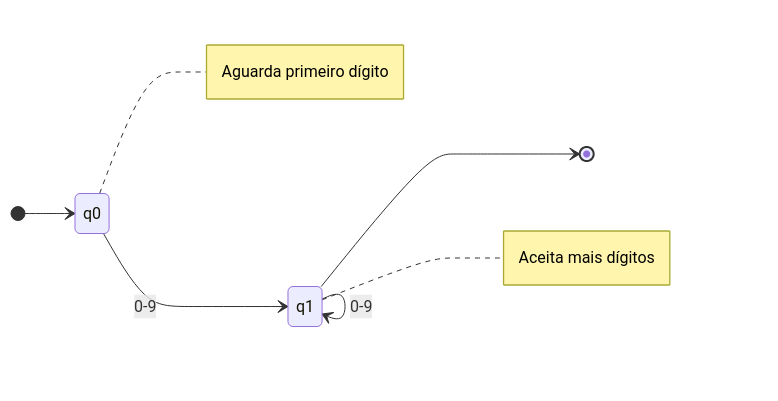
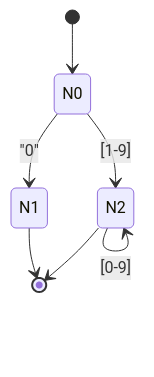
The third of 12 diagrams in docs/diagramas/afd_final.md (Raul-Mozart/Linguagem_SimplePoo), drawn with Mermaid before and after one commit. The commit also changed other lines of this file and 59 other files, not shown here.

````diff
--- a/docs/diagramas/afd_final.md
+++ b/docs/diagramas/afd_final.md
@@ -48,13 +41,9 @@
 ```mermaid
 stateDiagram-v2
-    direction LR
-    
-    [*] --> q0
-    
-    q0 --> q1: 0-9
-    q1 --> q1: 0-9
-    q1 --> [*]
-    
-    note right of q0: Aguarda primeiro dígito
-    note right of q1: Aceita mais dígitos
+    [*] --> N0
+    N0 --> N1: "0"
+    N0 --> N2: [1-9]
+    N1 --> [*]
+    N2 --> N2: [0-9]
+    N2 --> [*]
 ```
````
